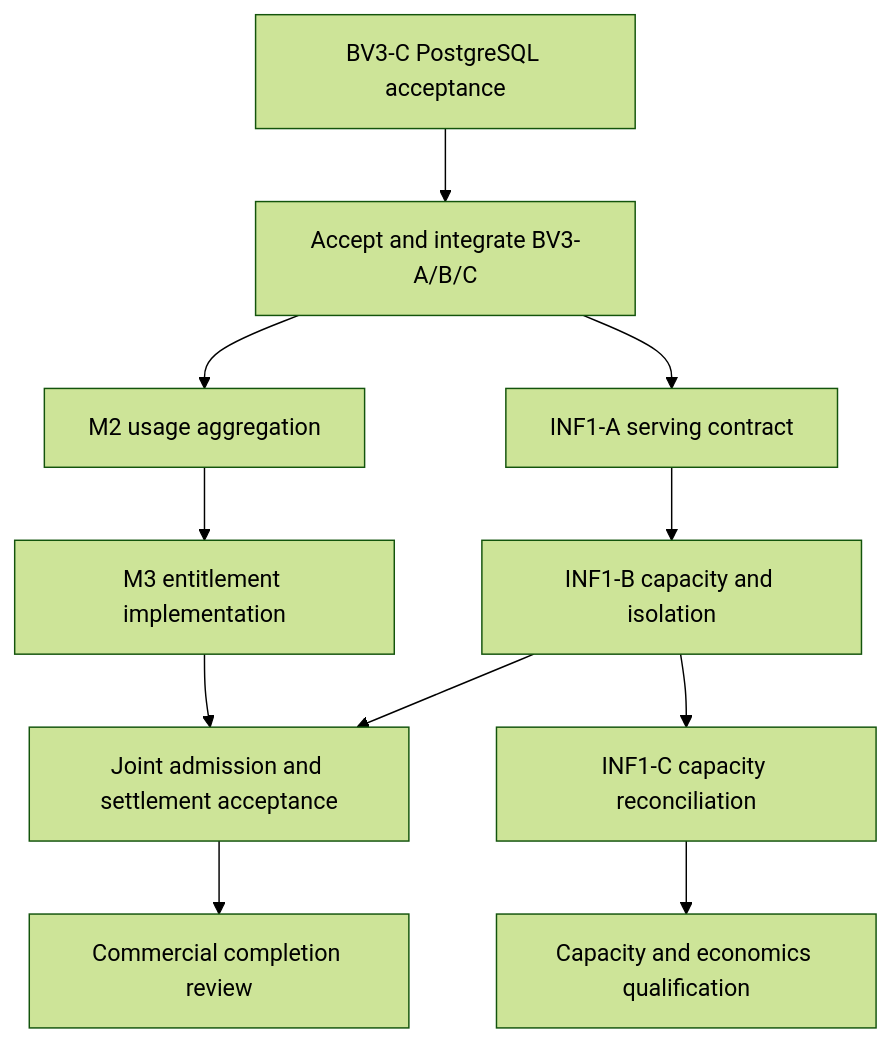
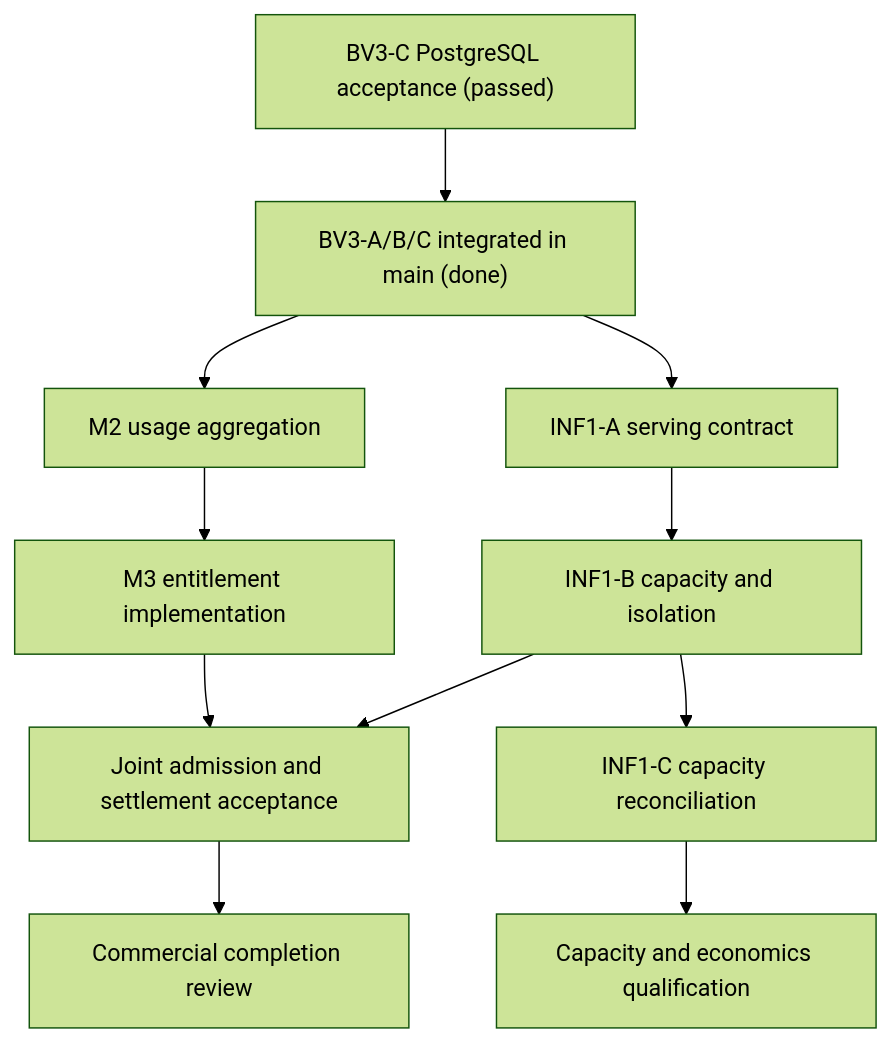
Before and after one commit to sjevans1/OpenJM-Enterprise-AI: the diagram in docs/plan/INF1.md, drawn with Mermaid (forest theme). The commit also changed other lines of this file and 5 other files, not shown here.

````diff
--- a/docs/plan/INF1.md
+++ b/docs/plan/INF1.md
@@ -29,13 +29,13 @@
 ```mermaid
 flowchart TD
-    P["BV3-C PostgreSQL acceptance"] --> B["Accept and integrate BV3-A/B/C"]
+    P["BV3-C PostgreSQL acceptance (passed)"] --> B["BV3-A/B/C integrated in main (done)"]
     B --> A["INF1-A serving contract"]
     B --> M["M2 usage aggregation"]
     A --> I["INF1-B capacity and isolation"]
     M --> E["M3 entitlement implementation"]
     I --> J["Joint admission and settlement acceptance"]
     E --> J
     I --> C["INF1-C capacity reconciliation"]
     J --> G["Commercial completion review"]
     C --> S["Capacity and economics qualification"]
 ```
````
